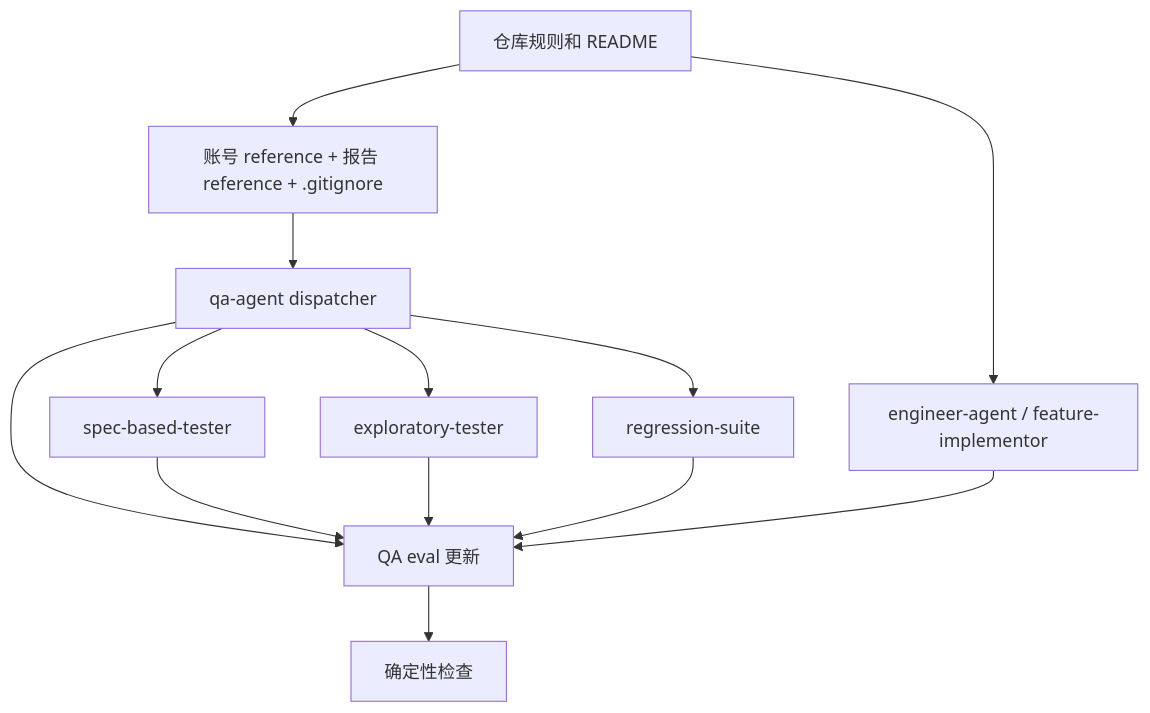
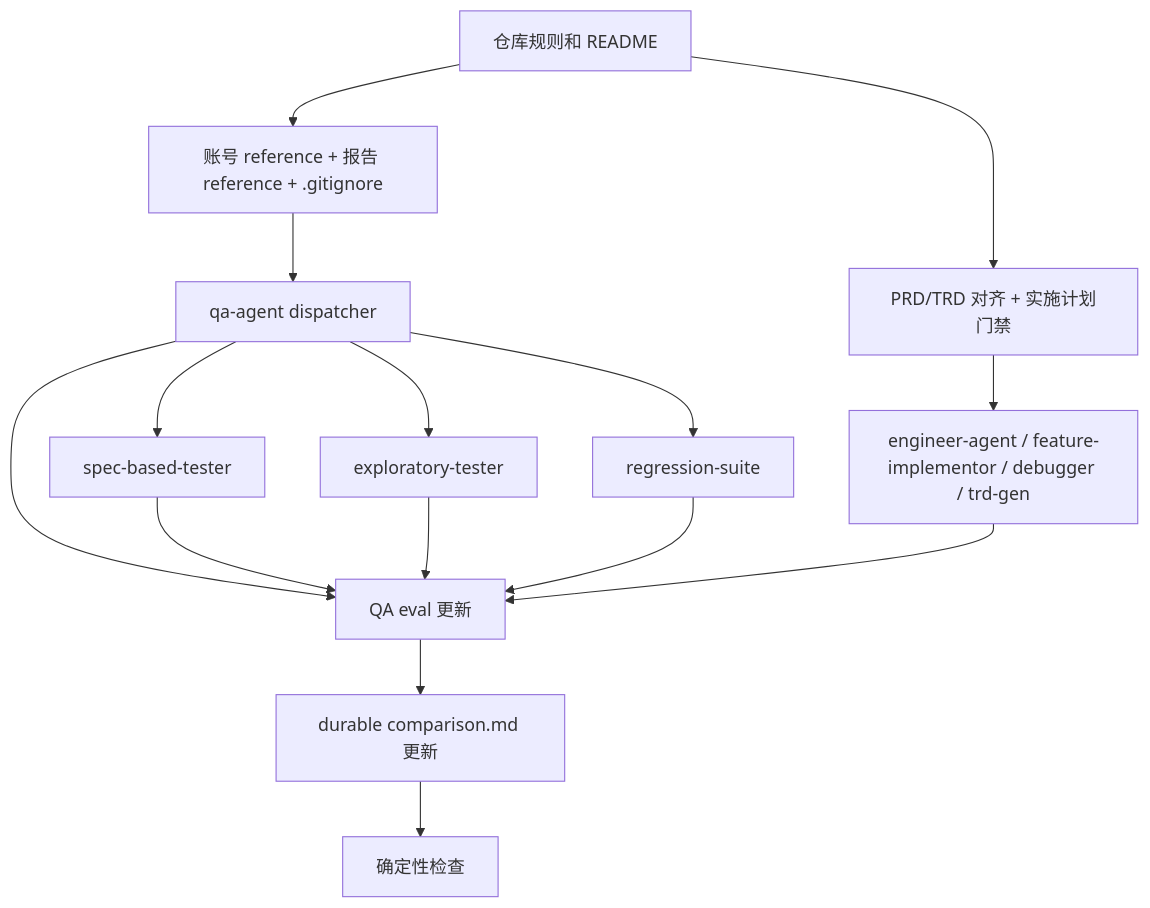
One commit to Neplich/dev-agent-skills changed the fourth of 4 diagrams in docs/engineer/qa-e2e-case-memory/TRD.md. Above: the diagram before and after it, drawn with Mermaid. The commit also changed other lines of this file and 1 other file, not shown here.

First line of the commit message:
docs: 更新 QA E2E PRD/TRD 门禁设计

````diff
--- a/docs/engineer/qa-e2e-case-memory/TRD.md
+++ b/docs/engineer/qa-e2e-case-memory/TRD.md
@@ -352,15 +448,17 @@
 ```mermaid
 flowchart TD
     Docs["仓库规则和 README"] --> Ref["账号 reference + 报告 reference + .gitignore"]
     Ref --> QA["qa-agent dispatcher"]
+    Docs --> Gate["PRD/TRD 对齐 + 实施计划门禁"]
     QA --> Spec["spec-based-tester"]
     QA --> Explore["exploratory-tester"]
     QA --> Regression["regression-suite"]
-    Docs --> Engineer["engineer-agent / feature-implementor"]
+    Gate --> Engineer["engineer-agent / feature-implementor / debugger / trd-gen"]
     QA --> Eval["QA eval 更新"]
     Spec --> Eval
     Explore --> Eval
     Regression --> Eval
     Engineer --> Eval
-    Eval --> Checks["确定性检查"]
+    Eval --> Comparison["durable comparison.md 更新"]
+    Comparison --> Checks["确定性检查"]
 ```
````
